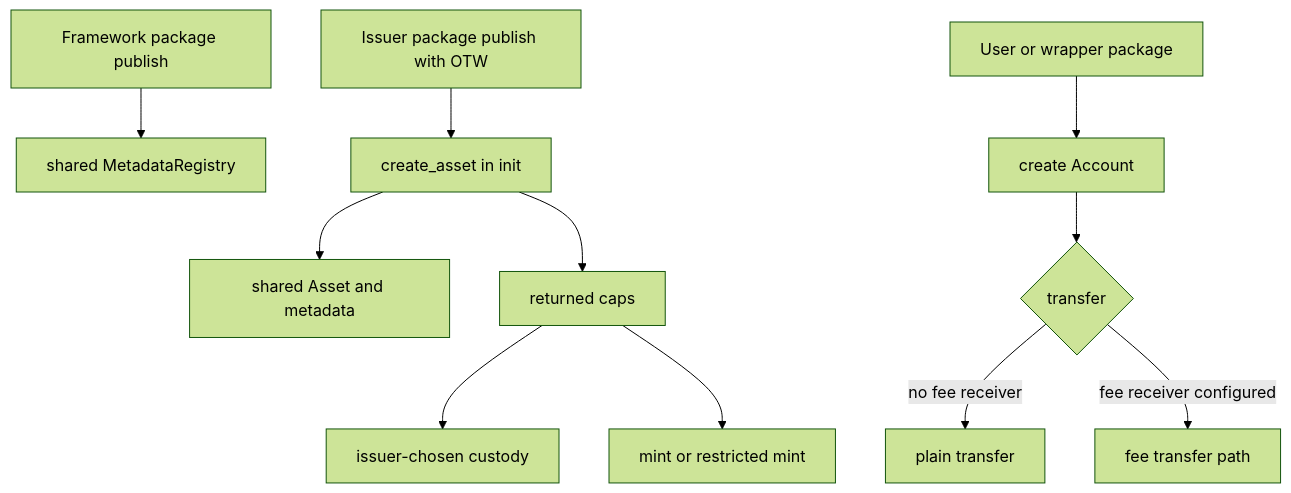
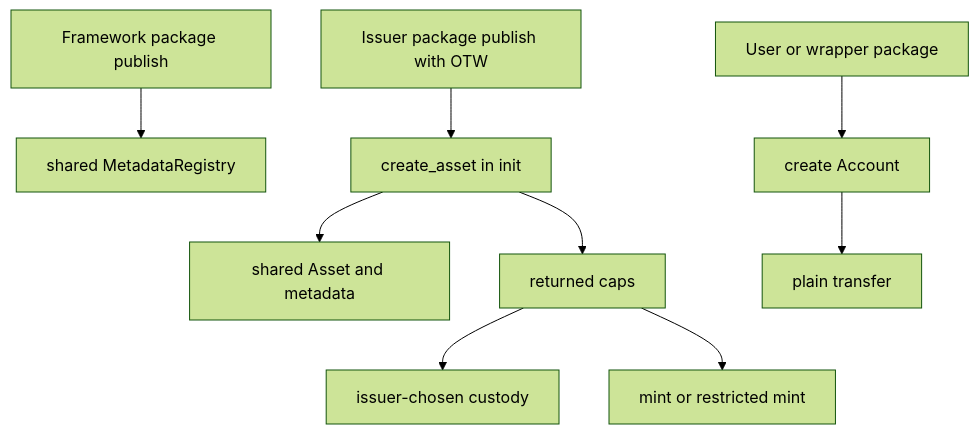
Before and after one commit to 92GC/regulated-account: the second of 2 diagrams in README.md, drawn with Mermaid (forest theme). The commit also changed other lines of this file and 59 other files, not shown here.

````diff
--- a/README.md
+++ b/README.md
@@ -45,13 +71,11 @@
 ```mermaid
 flowchart TD
     framework[Framework package publish] --> registry[shared MetadataRegistry]
     issuer[Issuer package publish with OTW] --> create[create_asset in init]
     create --> asset[shared Asset and metadata]
     create --> caps[returned caps]
     caps --> custody[issuer-chosen custody]
     user[User or wrapper package] --> account[create Account]
     caps --> mint[mint or restricted mint]
-    account --> transfer{transfer}
-    transfer -->|no fee receiver| plain[plain transfer]
-    transfer -->|fee receiver configured| fee[fee transfer path]
+    account --> transfer[plain transfer]
 ```
````
